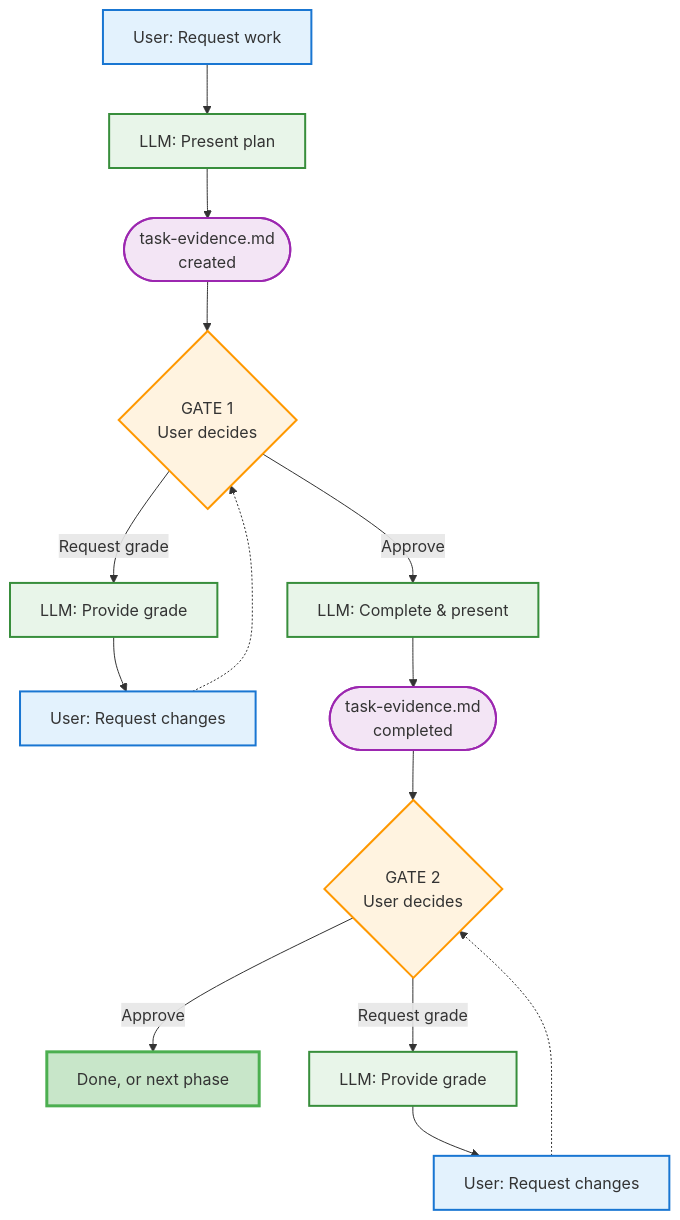
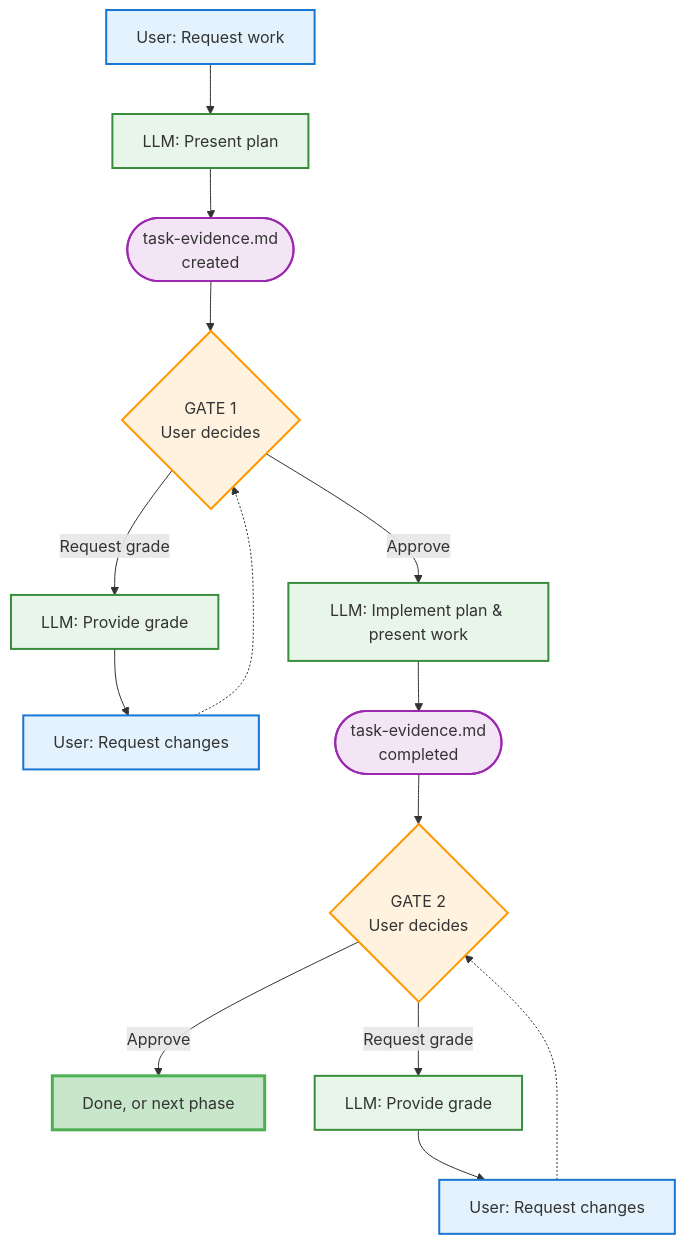
The third of 3 diagrams in README.md (binaryphile/tandem-protocol), drawn with Mermaid before and after one commit. The commit also changed other lines of this file, not shown here.

````diff
--- a/README.md
+++ b/README.md
@@ -211,29 +211,29 @@
 ```mermaid
 flowchart TD
     START["User: Request work"] --> P1["LLM: Present plan"]
     P1 --> EV1(["task-evidence.md<br/>created"])
     EV1 --> G1{"GATE 1<br/>User decides"}
-    G1 -->|Approve| IMPL["LLM: Complete & present"]
+    G1 -->|Approve| IMPL["LLM: Implement plan & present work"]
     G1 -->|Request grade| GRADE1["LLM: Provide grade"]
     GRADE1 --> IMP1["User: Request changes"]
     IMP1 -.-> G1
     IMPL --> EV2(["task-evidence.md<br/>completed"])
     EV2 --> G2{"GATE 2<br/>User decides"}
     G2 -->|Approve| DONE["Done, or next phase"]
     G2 -->|Request grade| GRADE2["LLM: Provide grade"]
     GRADE2 --> IMP2["User: Request changes"]
     IMP2 -.-> G2
 
     style START fill:#e3f2fd,stroke:#1976d2,stroke-width:2px
     style P1 fill:#e8f5e9,stroke:#388e3c,stroke-width:2px
     style IMPL fill:#e8f5e9,stroke:#388e3c,stroke-width:2px
     style GRADE1 fill:#e8f5e9,stroke:#388e3c,stroke-width:2px
     style GRADE2 fill:#e8f5e9,stroke:#388e3c,stroke-width:2px
     style IMP1 fill:#e3f2fd,stroke:#1976d2,stroke-width:2px
     style IMP2 fill:#e3f2fd,stroke:#1976d2,stroke-width:2px
     style G1 fill:#fff3e0,stroke:#ff9800,stroke-width:2px
     style G2 fill:#fff3e0,stroke:#ff9800,stroke-width:2px
     style DONE fill:#c8e6c9,stroke:#4caf50,stroke-width:3px
     style EV1 fill:#f3e5f5,stroke:#9c27b0,stroke-width:2px
     style EV2 fill:#f3e5f5,stroke:#9c27b0,stroke-width:2px
 ```
````
